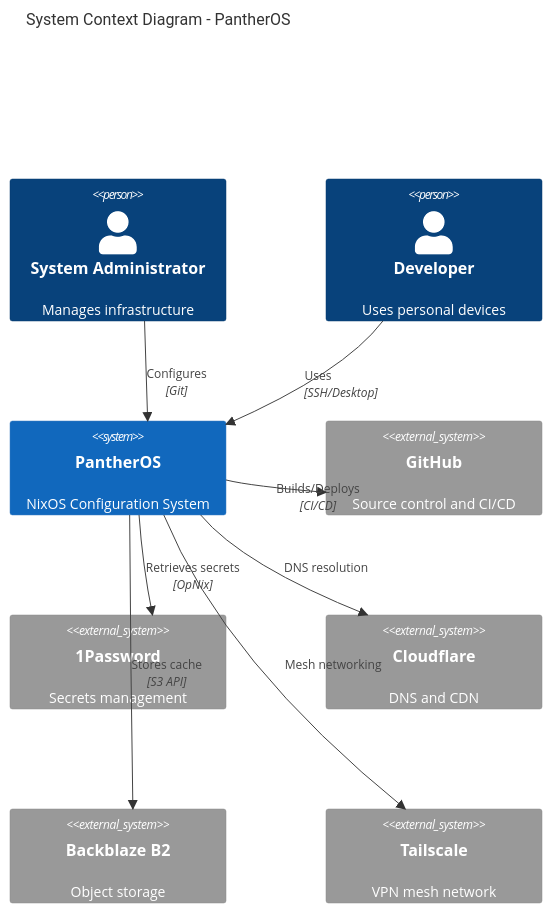
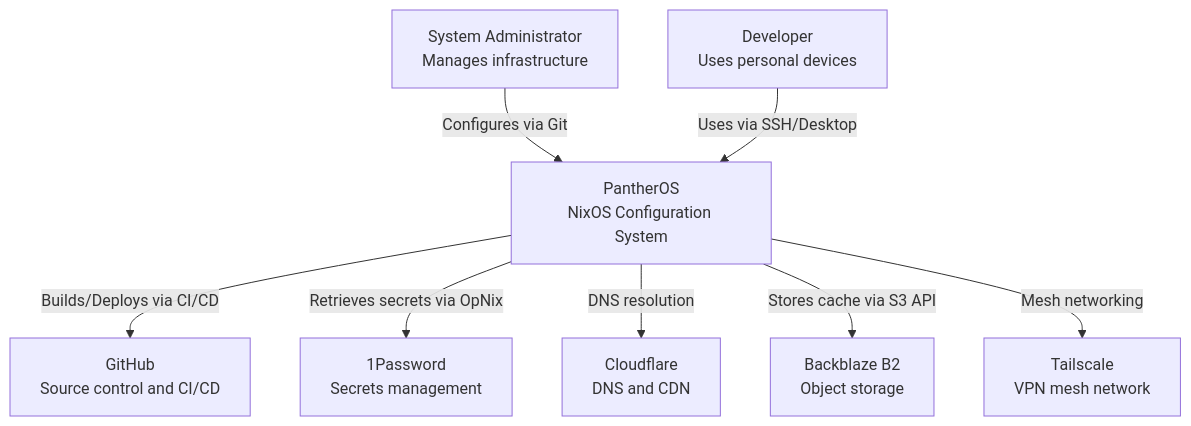
Before and after one commit to hbohlen/pantherOS: the first of 16 diagrams in docs/roadmap/ARCHITECTURE.md, drawn with Mermaid. The commit also changed 2 other files, not shown here.

Commit message:
Fix Mermaid diagram syntax and improve reusability

````diff
--- a/docs/roadmap/ARCHITECTURE.md
+++ b/docs/roadmap/ARCHITECTURE.md
@@ -22,23 +22,21 @@
 ```mermaid
-C4Context
-    title System Context Diagram - PantherOS
-
-    Person(admin, "System Administrator", "Manages infrastructure")
-    Person(dev, "Developer", "Uses personal devices")
+graph TB
+    Admin[System Administrator<br/>Manages infrastructure]
+    Dev[Developer<br/>Uses personal devices]
     
-    System(pantheros, "PantherOS", "NixOS Configuration System")
+    PantherOS[PantherOS<br/>NixOS Configuration System]
     
-    System_Ext(github, "GitHub", "Source control and CI/CD")
-    System_Ext(onepass, "1Password", "Secrets management")
-    System_Ext(cloudflare, "Cloudflare", "DNS and CDN")
-    System_Ext(b2, "Backblaze B2", "Object storage")
-    System_Ext(tailscale, "Tailscale", "VPN mesh network")
+    GitHub[GitHub<br/>Source control and CI/CD]
+    OnePass[1Password<br/>Secrets management]
+    Cloudflare[Cloudflare<br/>DNS and CDN]
+    B2[Backblaze B2<br/>Object storage]
+    Tailscale[Tailscale<br/>VPN mesh network]
     
-    Rel(admin, pantheros, "Configures", "Git")
-    Rel(dev, pantheros, "Uses", "SSH/Desktop")
-    Rel(pantheros, github, "Builds/Deploys", "CI/CD")
-    Rel(pantheros, onepass, "Retrieves secrets", "OpNix")
-    Rel(pantheros, cloudflare, "DNS resolution")
-    Rel(pantheros, b2, "Stores cache", "S3 API")
-    Rel(pantheros, tailscale, "Mesh networking")
+    Admin -->|Configures via Git| PantherOS
+    Dev -->|Uses via SSH/Desktop| PantherOS
+    PantherOS -->|Builds/Deploys via CI/CD| GitHub
+    PantherOS -->|Retrieves secrets via OpNix| OnePass
+    PantherOS -->|DNS resolution| Cloudflare
+    PantherOS -->|Stores cache via S3 API| B2
+    PantherOS -->|Mesh networking| Tailscale
 ```
````
